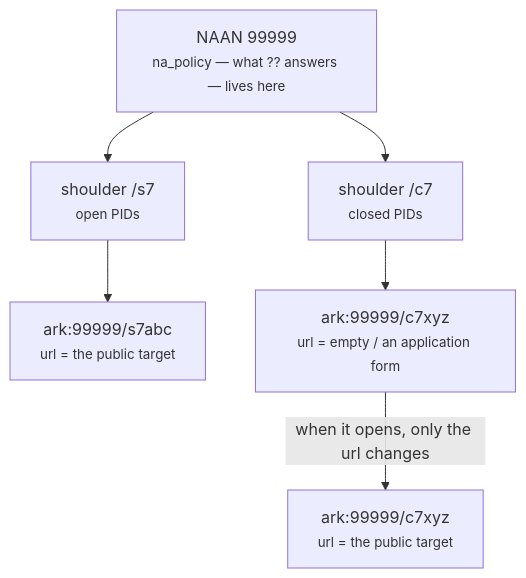
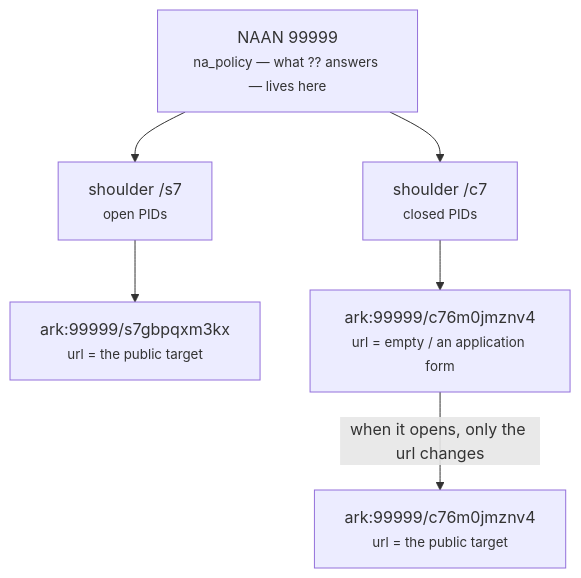
Before and after one commit to RCOSDP/arkhe: diagram 12 of 14 in docs/guides/federation.md, drawn with Mermaid. The commit also changed other lines of this file and 29 other files, not shown here.

````diff
--- a/docs/guides/federation.md
+++ b/docs/guides/federation.md
@@ -379,9 +379,9 @@
 ```mermaid
 flowchart TD
     N["NAAN 99999<br/><small>na_policy — what ?? answers — lives here</small>"]
     N --> SO["shoulder /s7<br/><small>open PIDs</small>"]
     N --> SC["shoulder /c7<br/><small>closed PIDs</small>"]
-    SO --> AO["ark:99999/s7abc<br/><small>url = the public target</small>"]
-    SC --> AC["ark:99999/c7xyz<br/><small>url = empty / an application form</small>"]
-    AC -->|"when it opens, only the url changes"| AC2["ark:99999/c7xyz<br/><small>url = the public target</small>"]
+    SO --> AO["ark:99999/s7gbpqxm3kx<br/><small>url = the public target</small>"]
+    SC --> AC["ark:99999/c76m0jmznv4<br/><small>url = empty / an application form</small>"]
+    AC -->|"when it opens, only the url changes"| AC2["ark:99999/c76m0jmznv4<br/><small>url = the public target</small>"]
 ```
````
